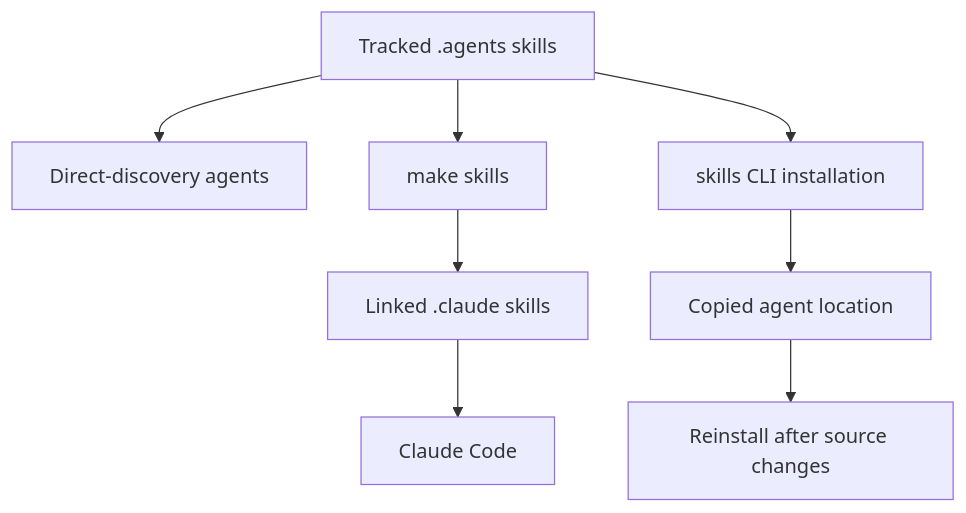
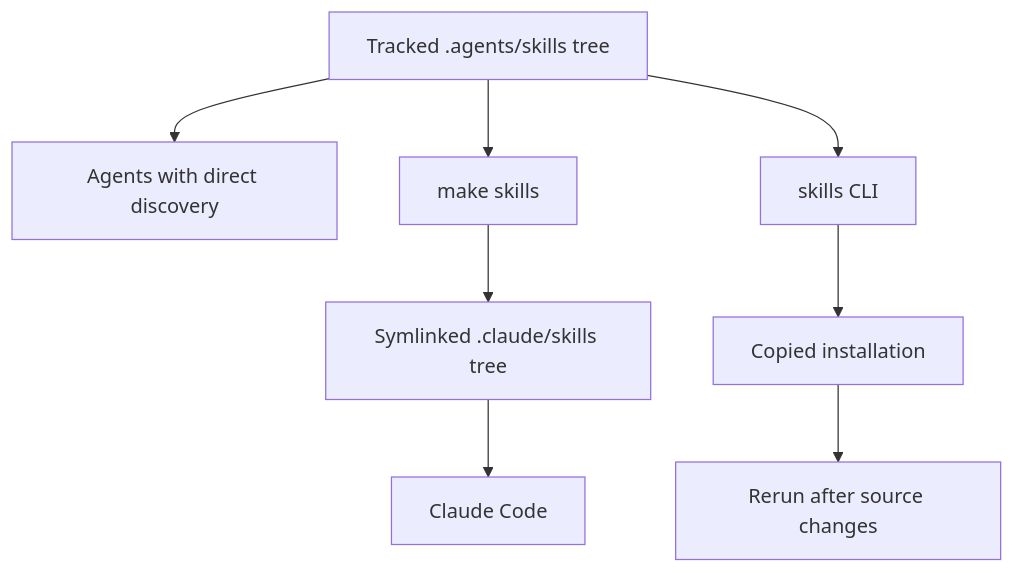
Before and after one commit to langchain-ai/docs: the first of 2 diagrams in openwiki/operations/agent-skills.md, drawn with Mermaid. The commit also changed other lines of this file and 43 other files, not shown here.

````diff
--- a/openwiki/operations/agent-skills.md
+++ b/openwiki/operations/agent-skills.md
@@ -79,10 +59,10 @@
 ```mermaid
 flowchart TD
-  Canonical["Tracked .agents skills"] --> Direct["Direct-discovery agents"]
-  Canonical --> Reconcile["make skills"]
-  Reconcile --> ClaudeDir["Linked .claude skills"]
-  ClaudeDir --> Claude["Claude Code"]
-  Canonical --> CopyInstall["skills CLI installation"]
-  CopyInstall --> Copied["Copied agent location"]
-  Copied --> Reinstall["Reinstall after source changes"]
+  Canonical["Tracked .agents/skills tree"] --> Direct["Agents with direct discovery"]
+  Canonical --> MakeSkills["make skills"]
+  MakeSkills --> ClaudeLinks["Symlinked .claude/skills tree"]
+  ClaudeLinks --> Claude["Claude Code"]
+  Canonical --> SkillsCli["skills CLI"]
+  SkillsCli --> Copy["Copied installation"]
+  Copy --> Refresh["Rerun after source changes"]
 ```
````
